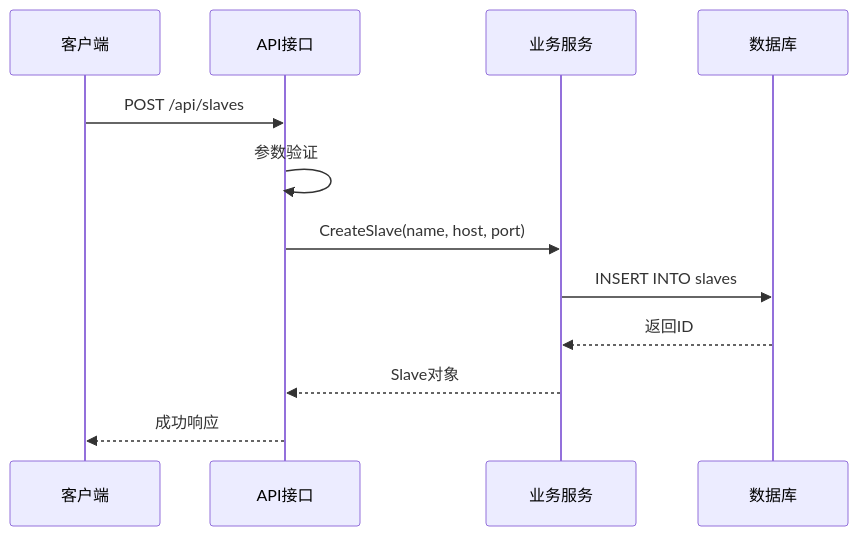
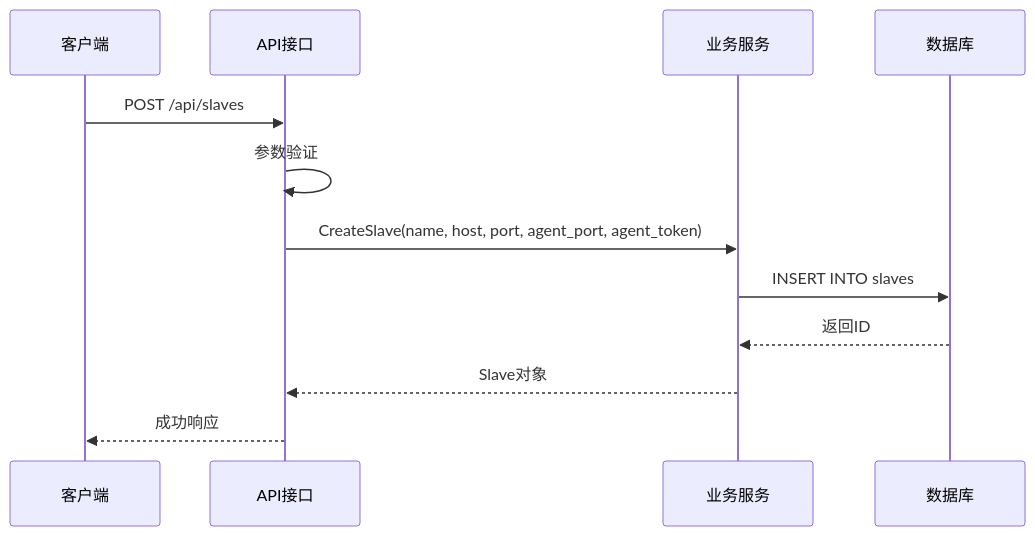
Before and after one commit to Liyuhao02/Jmeter-Admin: the fourth of 15 diagrams in .qoder/repowiki/zh/content/核心业务模块/Slave节点管理系统/Slave节点管理系统.md, drawn with Mermaid. The commit also changed other lines of this file and 13 other files, not shown here.

````diff
--- a/.qoder/repowiki/zh/content/核心业务模块/Slave节点管理系统/Slave节点管理系统.md
+++ b/.qoder/repowiki/zh/content/核心业务模块/Slave节点管理系统/Slave节点管理系统.md
@@ -205,14 +251,14 @@
 ```mermaid
 sequenceDiagram
 participant Client as 客户端
 participant API as API接口
 participant Service as 业务服务
 participant DB as 数据库
 Client->>API : POST /api/slaves
 API->>API : 参数验证
-API->>Service : CreateSlave(name, host, port)
+API->>Service : CreateSlave(name, host, port, agent_port, agent_token)
 Service->>DB : INSERT INTO slaves
 DB-->>Service : 返回ID
 Service-->>API : Slave对象
 API-->>Client : 成功响应
 ```
````
